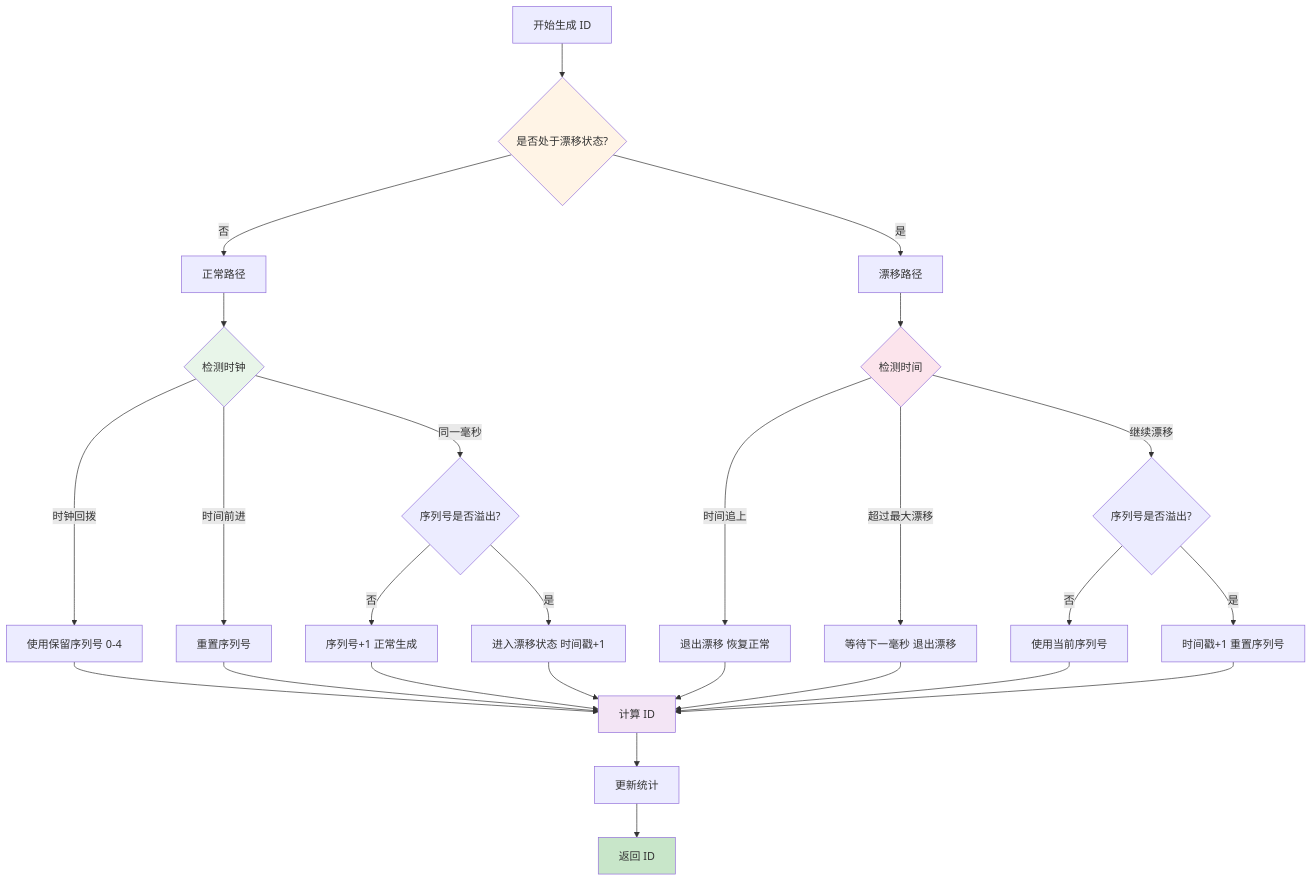
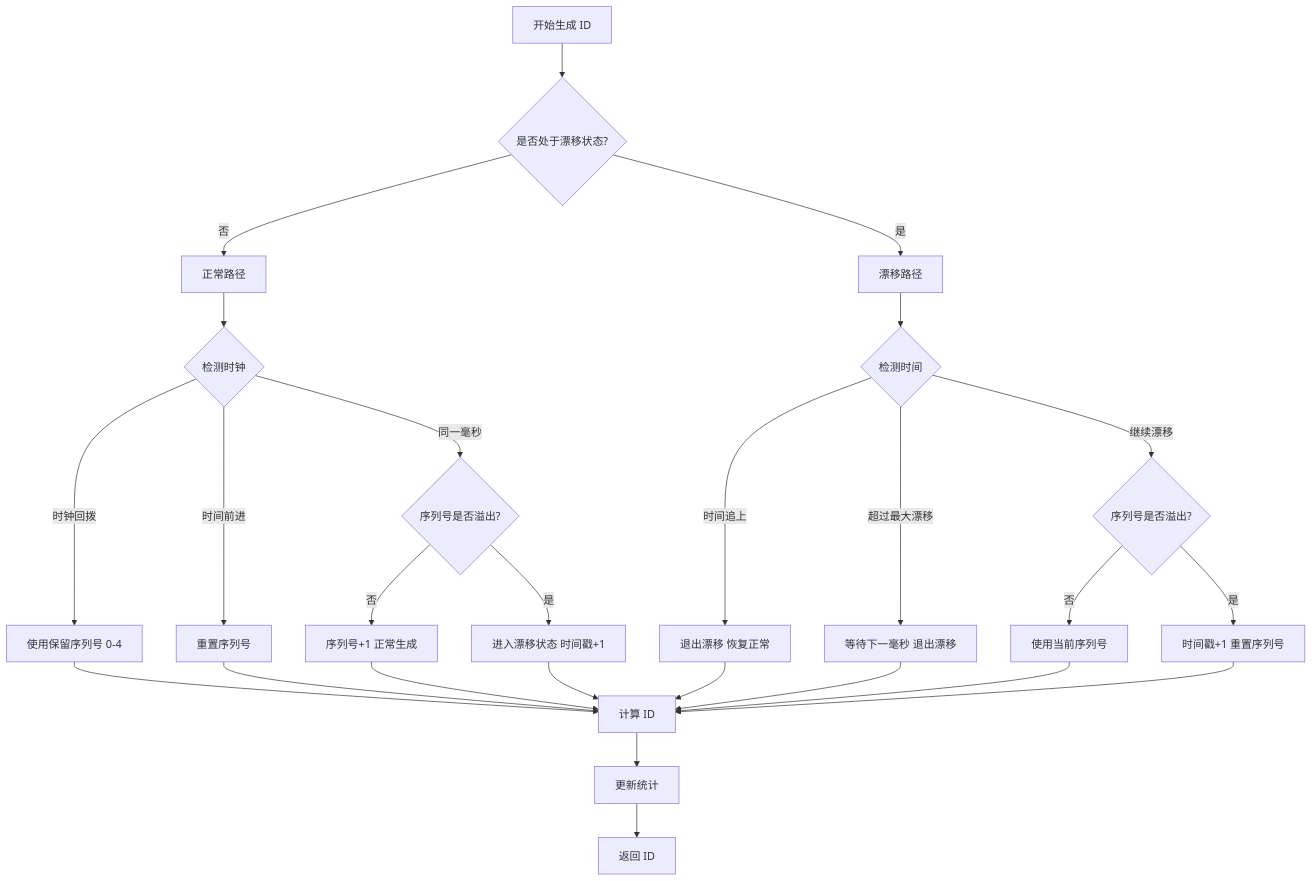
Before and after one commit to WuChenDi/genid: the diagram in README.md, drawn with Mermaid.

Commit message:
docs(readme): remove outdated graph styling documentation
- Removed obsolete Mermaid graph styling configuration
- Cleaned up deprecated visual formatting instructions
- Updated diagram rendering guidelines
- Simplified graph customization examples
- Removed redundant color scheme documentation
- Streamlined diagram integration steps

````diff
--- a/README.md
+++ b/README.md
@@ -16,41 +16,35 @@
 ```mermaid
 graph TB
     A[开始生成 ID] --> B{是否处于漂移状态?}
     
     B -->|否| C[正常路径]
     B -->|是| D[漂移路径]
     
     C --> E{检测时钟}
     E -->|时钟回拨| F[使用保留序列号 0-4]
     E -->|时间前进| G[重置序列号]
     E -->|同一毫秒| H{序列号是否溢出?}
     
     H -->|否| I[序列号+1 正常生成]
     H -->|是| J[进入漂移状态 时间戳+1]
     
     D --> K{检测时间}
     K -->|时间追上| L[退出漂移 恢复正常]
     K -->|超过最大漂移| M[等待下一毫秒 退出漂移]
     K -->|继续漂移| N{序列号是否溢出?}
     
     N -->|否| O[使用当前序列号]
     N -->|是| P[时间戳+1 重置序列号]
     
     F --> Q[计算 ID]
     G --> Q
     I --> Q
     J --> Q
     L --> Q
     M --> Q
     O --> Q
     P --> Q
     
     Q --> R[更新统计]
     R --> S[返回 ID]
-    
-    style B fill:#fff4e6
-    style E fill:#e8f5e9
-    style K fill:#fce4ec
-    style Q fill:#f3e5f5
-    style S fill:#c8e6c9
 ```
````
